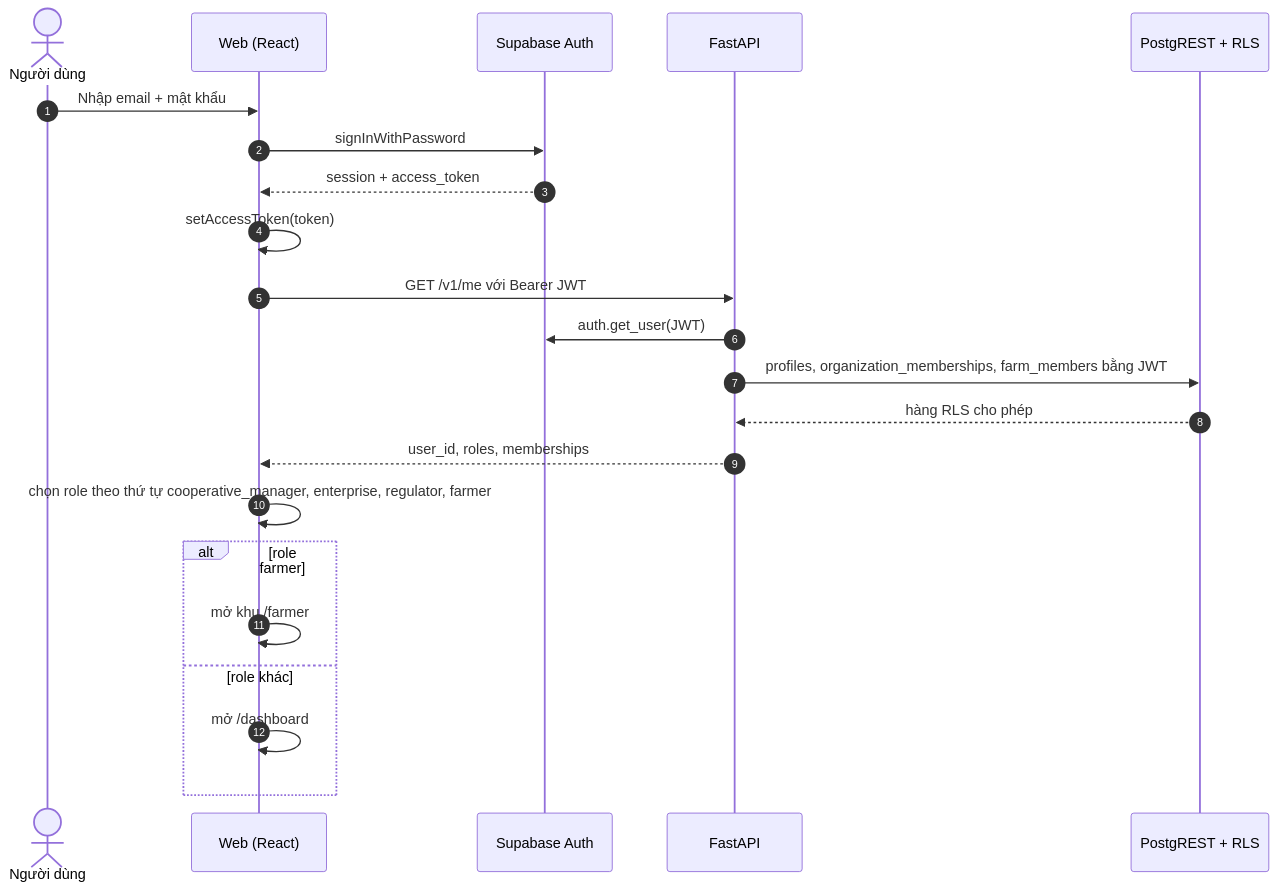
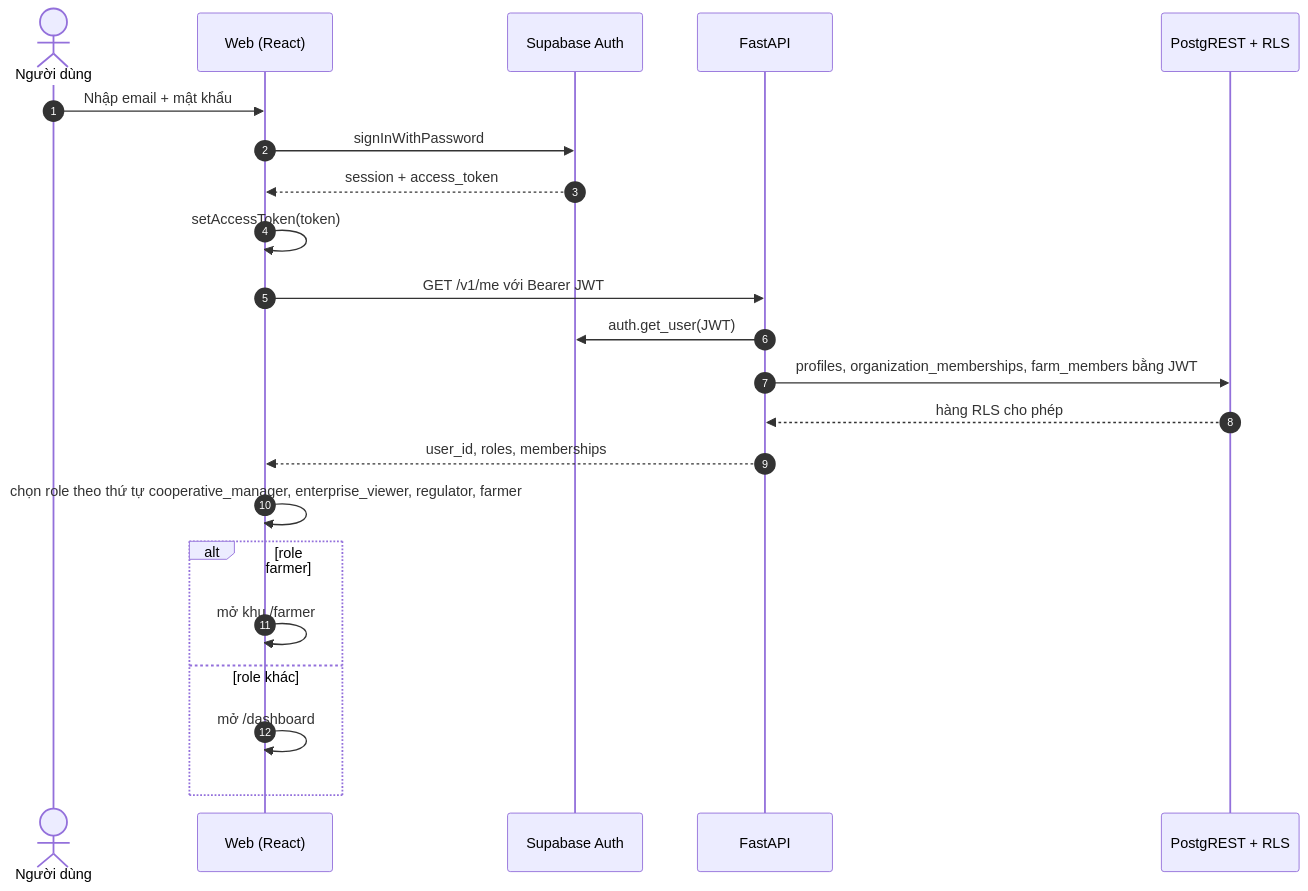
The first of 8 diagrams in docs/workflows/system-sequences.md (levuanh2/TEC2026), drawn with Mermaid before and after one commit. The commit also changed 14 other files, not shown here.

````diff
--- a/docs/workflows/system-sequences.md
+++ b/docs/workflows/system-sequences.md
@@ -8,25 +8,25 @@
 ```mermaid
 sequenceDiagram
     autonumber
     actor U as Người dùng
     participant W as Web (React)
     participant SA as Supabase Auth
     participant API as FastAPI
     participant PR as PostgREST + RLS
 
     U->>W: Nhập email + mật khẩu
     W->>SA: signInWithPassword
     SA-->>W: session + access_token
     W->>W: setAccessToken(token)
     W->>API: GET /v1/me với Bearer JWT
     API->>SA: auth.get_user(JWT)
     API->>PR: profiles, organization_memberships, farm_members bằng JWT
     PR-->>API: hàng RLS cho phép
     API-->>W: user_id, roles, memberships
-    W->>W: chọn role theo thứ tự cooperative_manager, enterprise, regulator, farmer
+    W->>W: chọn role theo thứ tự cooperative_manager, enterprise_viewer, regulator, farmer
     alt role farmer
         W->>W: mở khu /farmer
     else role khác
         W->>W: mở /dashboard
     end
 ```
````
